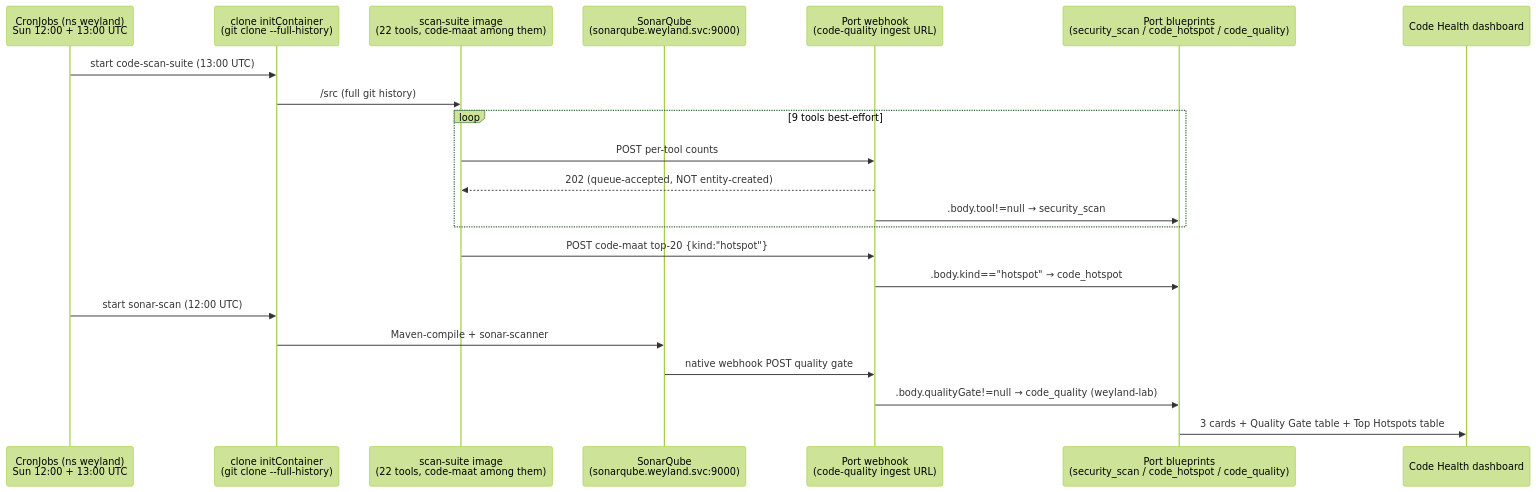
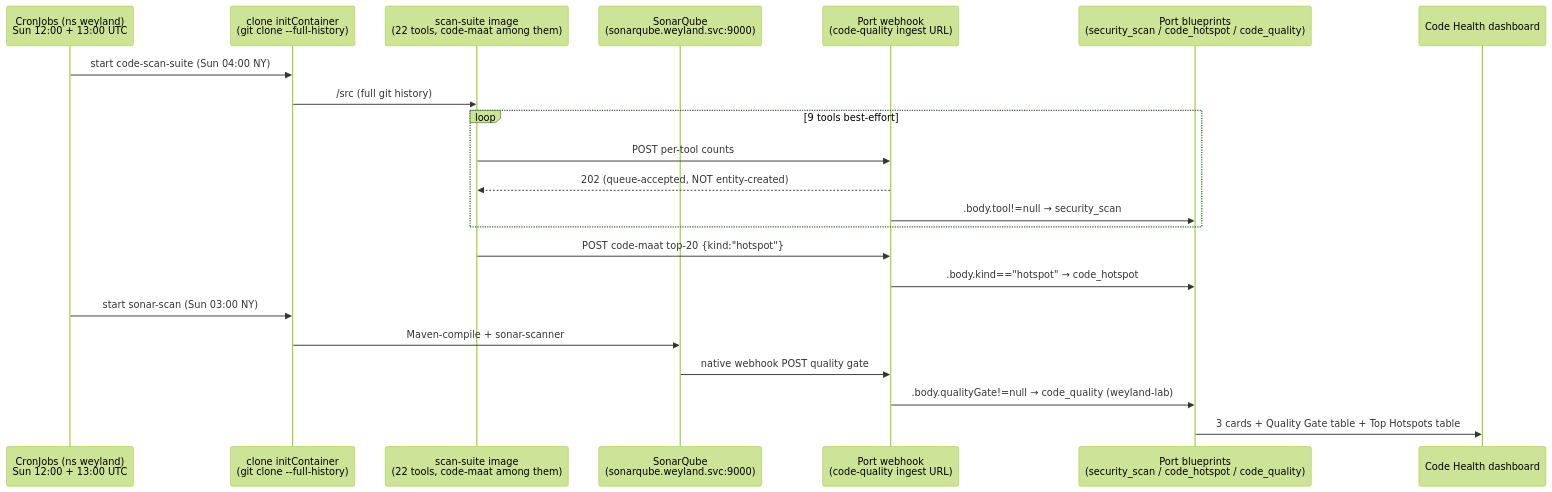
One commit to edtbl76/weyland-lab changed the diagram in docs/demos/code-quality-e2e.md. Above: the diagram before and after it, drawn with Mermaid (forest theme). The commit also changed other lines of this file and 12 other files, not shown here.

First line of the commit message:
Add tests for `sonar-scan-repos`, enabling source-only Java analysis and covering edge cases (B229)

````diff
--- a/docs/demos/code-quality-e2e.md
+++ b/docs/demos/code-quality-e2e.md
@@ -16,25 +16,25 @@
 ```mermaid
 sequenceDiagram
     participant Cron as CronJobs (ns weyland)<br/>Sun 12:00 + 13:00 UTC
     participant Clone as clone initContainer<br/>(git clone --full-history)
     participant Suite as scan-suite image<br/>(22 tools, code-maat among them)
     participant Sonar as SonarQube<br/>(sonarqube.weyland.svc:9000)
     participant Ingest as Port webhook<br/>(code-quality ingest URL)
     participant BP as Port blueprints<br/>(security_scan / code_hotspot / code_quality)
     participant Dash as Code Health dashboard
 
-    Cron->>Clone: start code-scan-suite (13:00 UTC)
+    Cron->>Clone: start code-scan-suite (Sun 04:00 NY)
     Clone->>Suite: /src (full git history)
     loop 9 tools best-effort
         Suite->>Ingest: POST per-tool counts
         Ingest-->>Suite: 202 (queue-accepted, NOT entity-created)
         Ingest->>BP: .body.tool!=null → security_scan
     end
     Suite->>Ingest: POST code-maat top-20 {kind:"hotspot"}
     Ingest->>BP: .body.kind=="hotspot" → code_hotspot
-    Cron->>Clone: start sonar-scan (12:00 UTC)
+    Cron->>Clone: start sonar-scan (Sun 03:00 NY)
     Clone->>Sonar: Maven-compile + sonar-scanner
     Sonar->>Ingest: native webhook POST quality gate
     Ingest->>BP: .body.qualityGate!=null → code_quality (weyland-lab)
     BP->>Dash: 3 cards + Quality Gate table + Top Hotspots table
 ```
````
